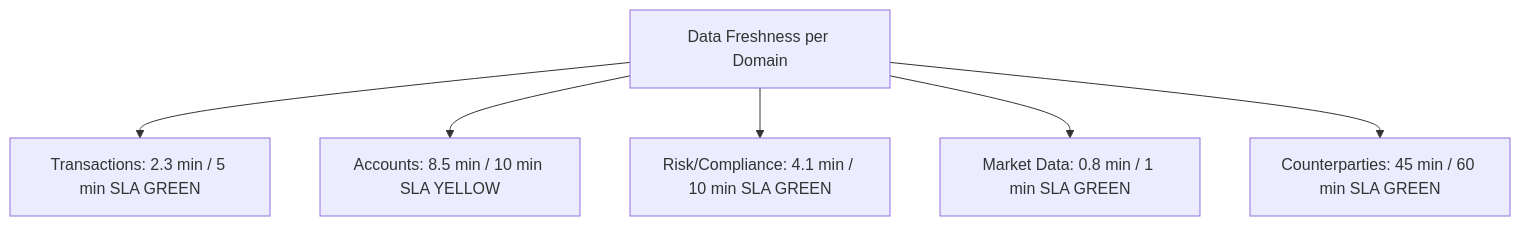
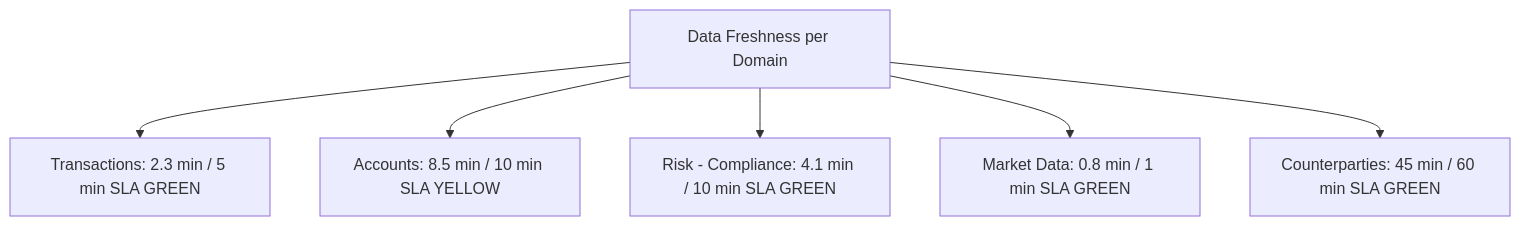
Before and after one commit to naren-chakraview/chakraview-fintech-data-mesh: the first of 7 diagrams in docs/platform/observability.md, drawn with Mermaid. The commit also changed other lines of this file and 21 other files, not shown here.

First line of the commit message:
Fix mermaid diagram rendering issues in fintech data mesh documentation

````diff
--- a/docs/platform/observability.md
+++ b/docs/platform/observability.md
@@ -118,9 +118,9 @@
 ```mermaid
 graph TD
     A["Data Freshness per Domain"]
     A --> A1["Transactions: 2.3 min / 5 min SLA GREEN"]
     A --> A2["Accounts: 8.5 min / 10 min SLA YELLOW"]
-    A --> A3["Risk/Compliance: 4.1 min / 10 min SLA GREEN"]
+    A --> A3["Risk - Compliance: 4.1 min / 10 min SLA GREEN"]
     A --> A4["Market Data: 0.8 min / 1 min SLA GREEN"]
     A --> A5["Counterparties: 45 min / 60 min SLA GREEN"]
 ```
````
